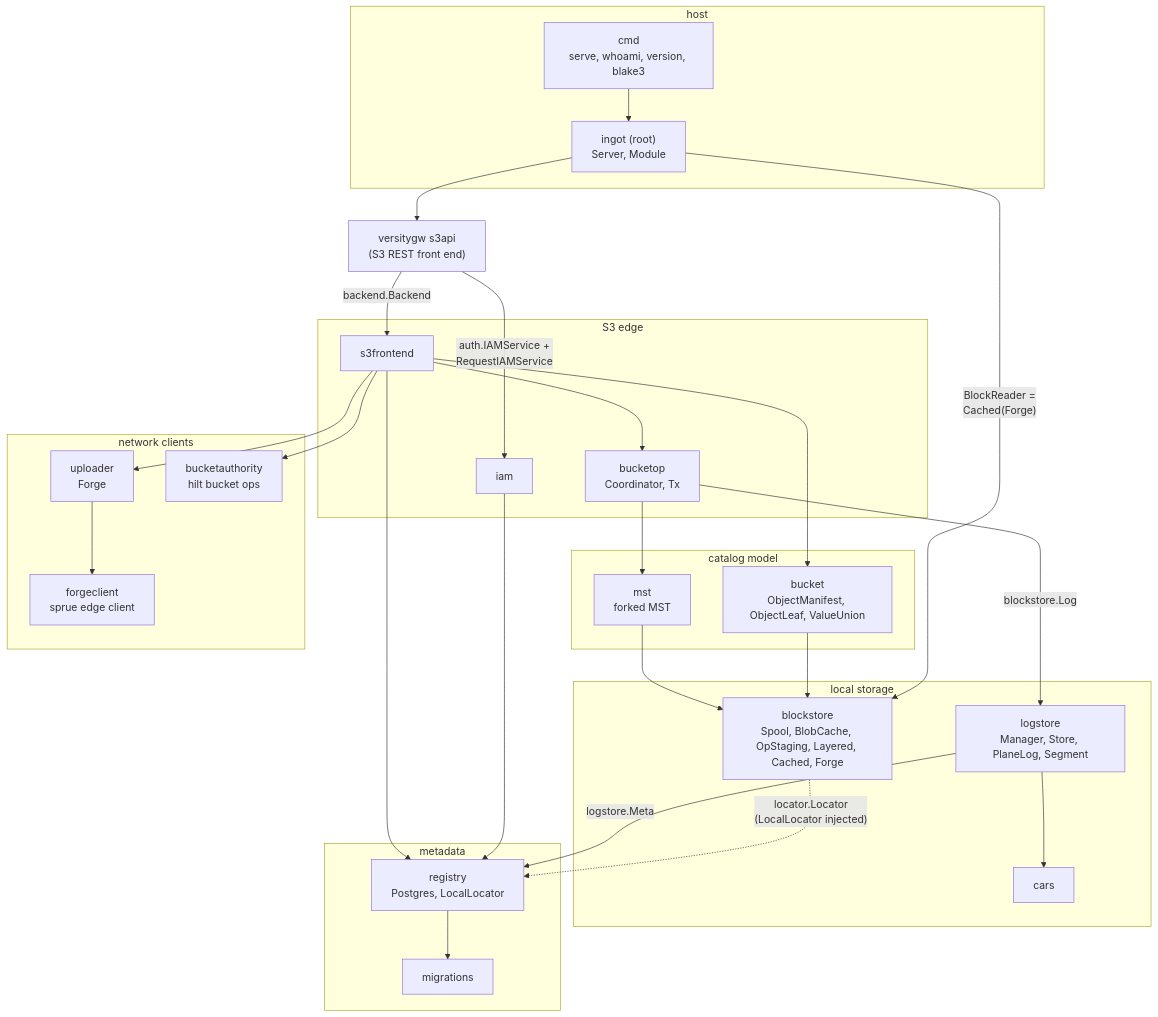
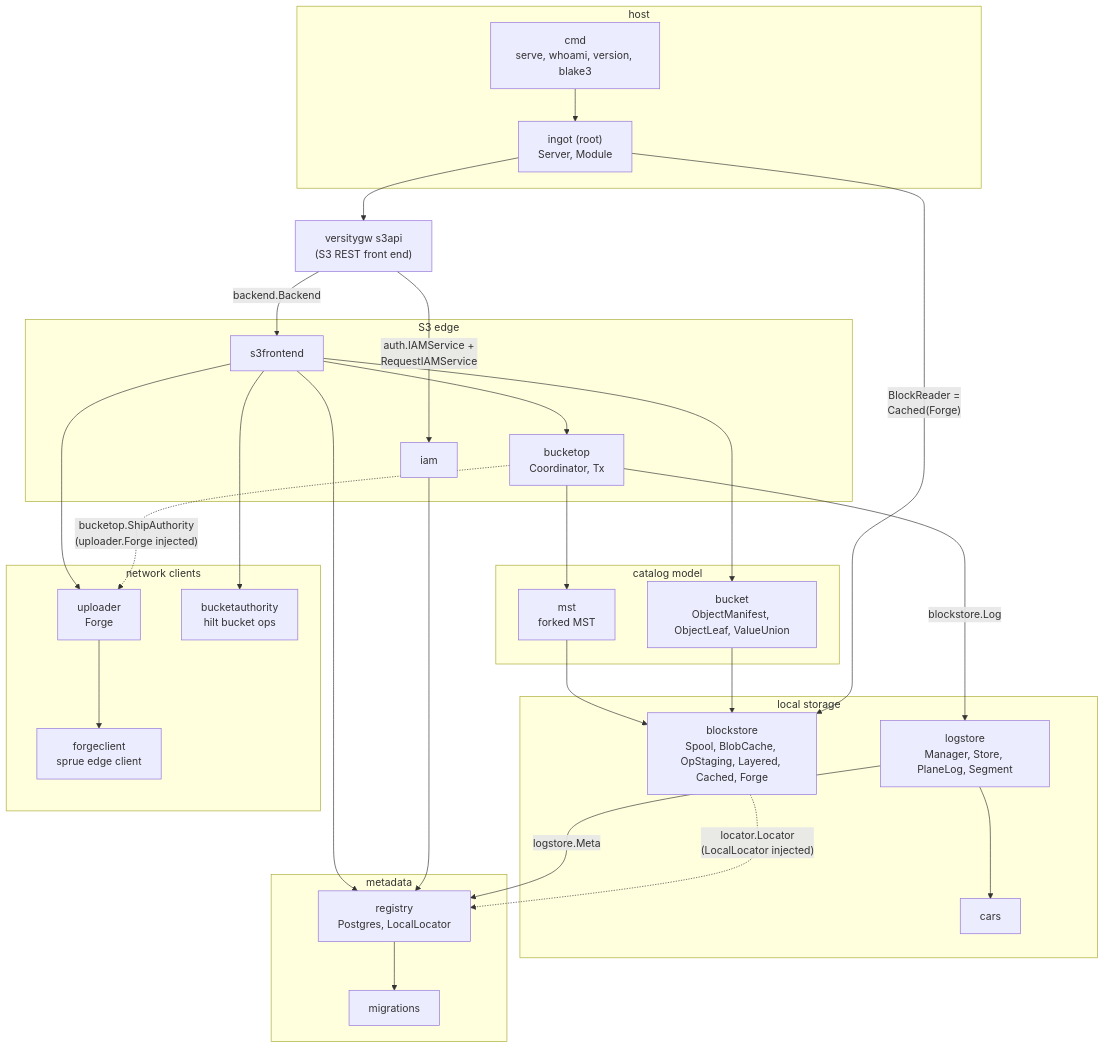
One commit to fil-forge/ingot changed the second of 15 diagrams in docs/diagrams.md. Above: the diagram before and after it, drawn with Mermaid. The commit also changed other lines of this file and 13 other files, not shown here.

First line of the commit message:
Capture ship authority on every write, not only body uploads (#304)

````diff
--- a/docs/diagrams.md
+++ b/docs/diagrams.md
@@ -93,58 +93,59 @@
 ```mermaid
 flowchart TB
     vgw["versitygw s3api<br/>(S3 REST front end)"]
 
     subgraph edge["S3 edge"]
         s3f["s3frontend"]
         iam["iam"]
         bop["bucketop<br/>Coordinator, Tx"]
     end
 
     subgraph model["catalog model"]
         bkt["bucket<br/>ObjectManifest, ObjectLeaf, ValueUnion"]
         mst["mst<br/>forked MST"]
     end
 
     subgraph store["local storage"]
         bs["blockstore<br/>Spool, BlobCache, OpStaging, Layered, Cached, Forge"]
         ls["logstore<br/>Manager, Store, PlaneLog, Segment"]
         cars["cars"]
     end
 
     subgraph meta["metadata"]
         reg["registry<br/>Postgres, LocalLocator"]
         mig["migrations"]
     end
 
     subgraph net["network clients"]
         up["uploader<br/>Forge"]
         fc["forgeclient<br/>sprue edge client"]
         ba["bucketauthority<br/>hilt bucket ops"]
     end
 
     subgraph host["host"]
         root["ingot (root)<br/>Server, Module"]
         cmd["cmd<br/>serve, whoami, version, blake3"]
     end
 
     vgw -->|"backend.Backend"| s3f
     vgw -->|"auth.IAMService +<br/>RequestIAMService"| iam
     s3f --> bop
     s3f --> bkt
     s3f --> reg
     s3f --> up
     s3f --> ba
     bop -->|"blockstore.Log"| ls
+    bop -.->|"bucketop.ShipAuthority<br/>(uploader.Forge injected)"| up
     bop --> mst
     mst --> bs
     bkt --> bs
     ls --> cars
     ls -->|"logstore.Meta"| reg
     bs -.->|"locator.Locator<br/>(LocalLocator injected)"| reg
     up --> fc
     iam --> reg
     reg --> mig
     cmd --> root
     root --> vgw
     root -->|"BlockReader =<br/>Cached(Forge)"| bs
 ```
````
